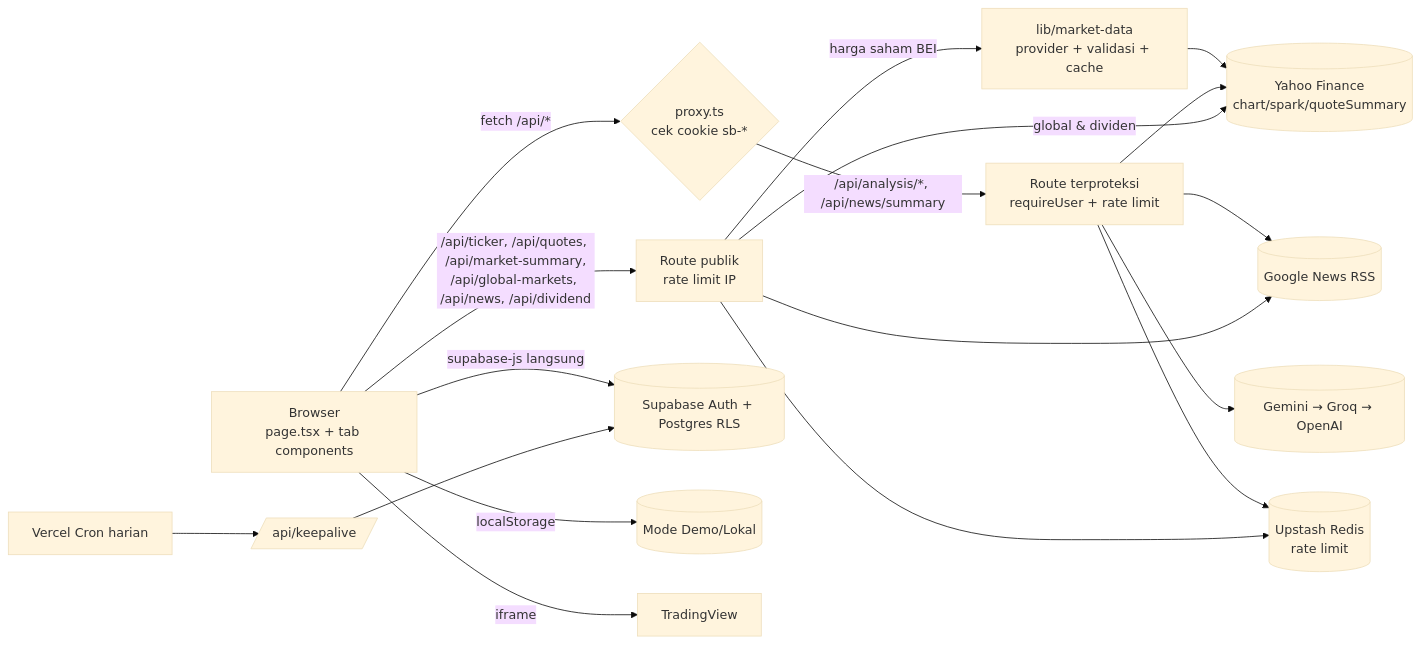
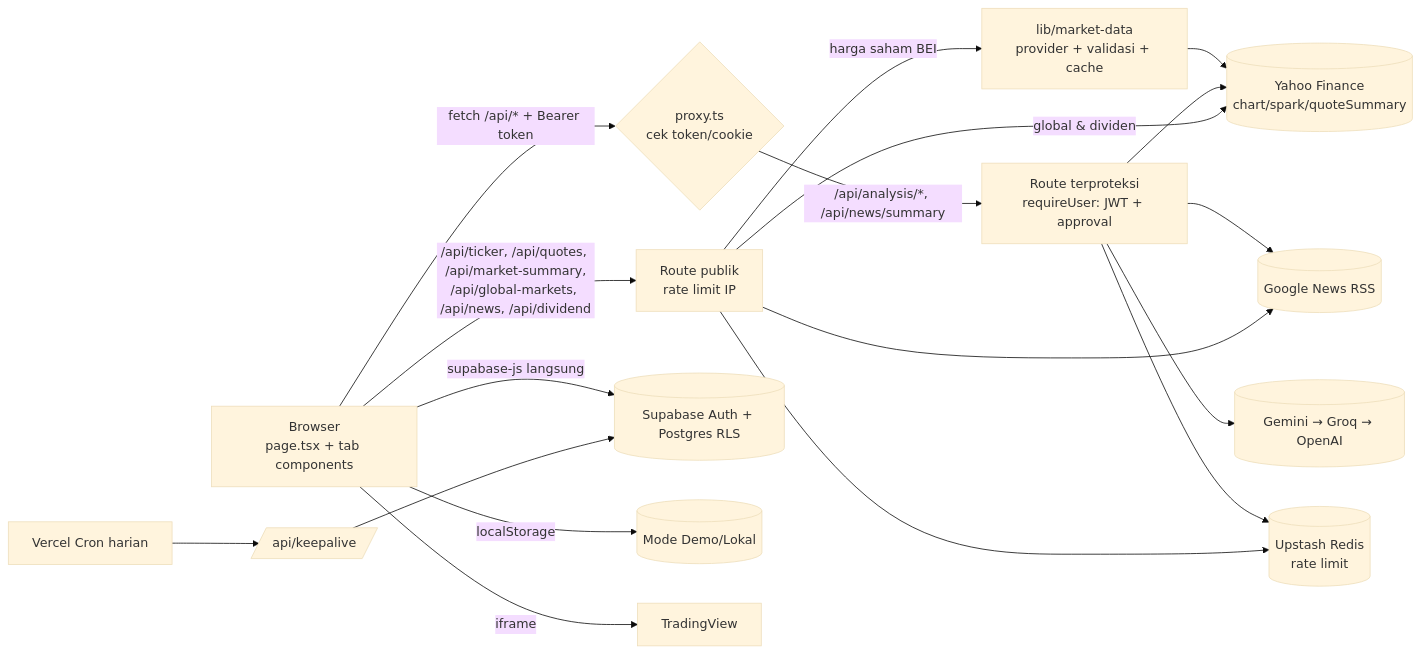
The diagram in DOKUMENTASI.md (alfitranurr/Nunnn-Stock-Analyzer), drawn with Mermaid (base theme) before and after one commit. The commit also changed other lines of this file, not shown here.

First line of the commit message:
docs: document the news rework, bearer auth and reference fix

````diff
--- a/DOKUMENTASI.md
+++ b/DOKUMENTASI.md
@@ -81,18 +81,18 @@
 ```mermaid
 flowchart LR
-  B[Browser<br/>page.tsx + tab components] -->|fetch /api/*| P{proxy.ts<br/>cek cookie sb-*}
-  P -->|/api/analysis/*, /api/news/summary| R1[Route terproteksi<br/>requireUser + rate limit]
+  B[Browser<br/>page.tsx + tab components] -->|fetch /api/* + Bearer token| P{proxy.ts<br/>cek token/cookie}
+  P -->|/api/analysis/*, /api/news/summary| R1[Route terproteksi<br/>requireUser: JWT + approval]
   B -->|/api/ticker, /api/quotes, /api/market-summary,<br/>/api/global-markets, /api/news, /api/dividend| R2[Route publik<br/>rate limit IP]
   R2 -->|harga saham BEI| MD[lib/market-data<br/>provider + validasi + cache]
   MD --> Y[(Yahoo Finance<br/>chart/spark/quoteSummary)]
   R1 --> Y
   R1 --> G[(Google News RSS)]
   R1 --> AI[(Gemini → Groq → OpenAI)]
   R2 -->|global & dividen| Y
   R2 --> G
   R1 & R2 --> U[(Upstash Redis<br/>rate limit)]
   B -->|supabase-js langsung| S[(Supabase Auth + Postgres RLS)]
   B -->|localStorage| L[(Mode Demo/Lokal)]
   B -->|iframe| TV[TradingView]
   CRON[Vercel Cron harian] --> K[/api/keepalive/] --> S
 ```
````
